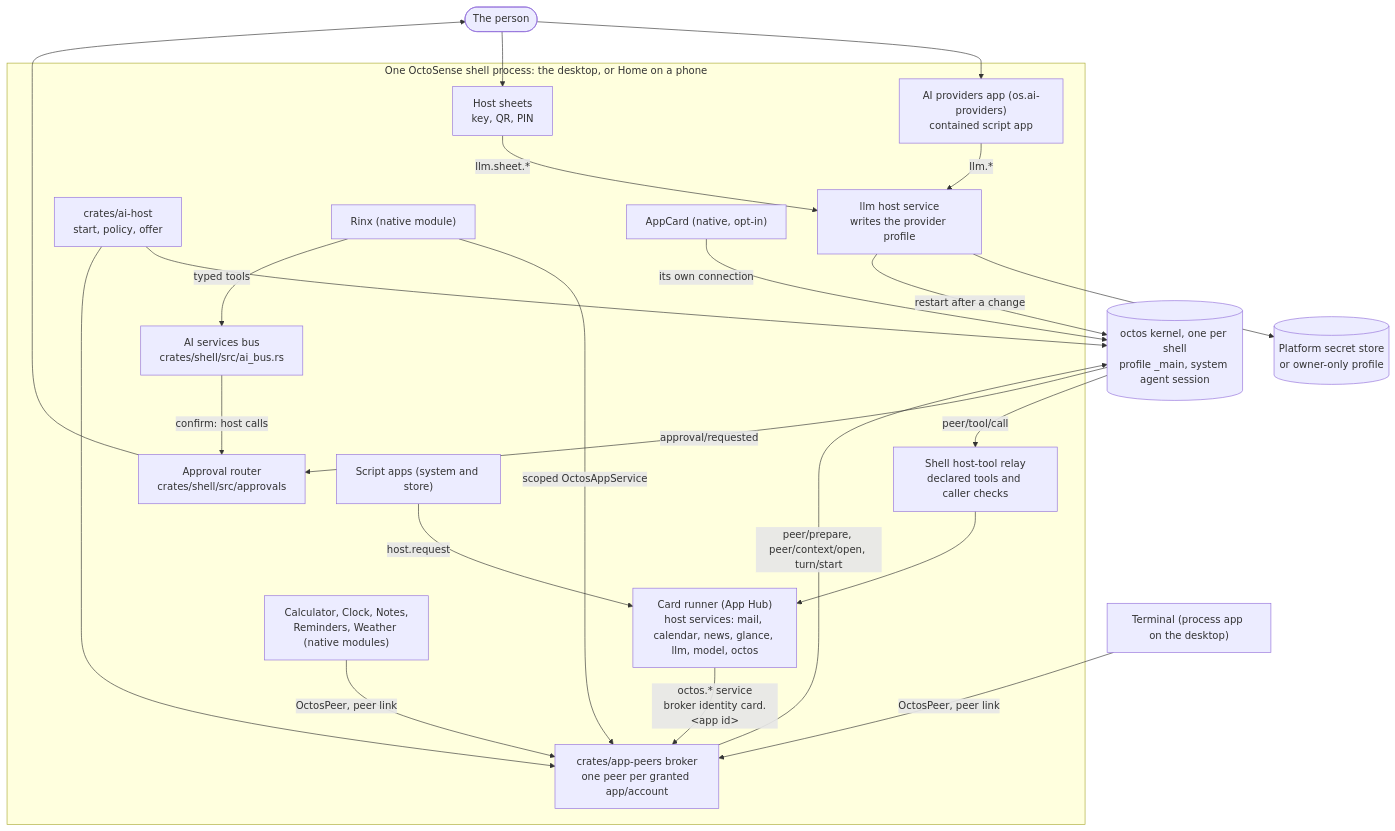
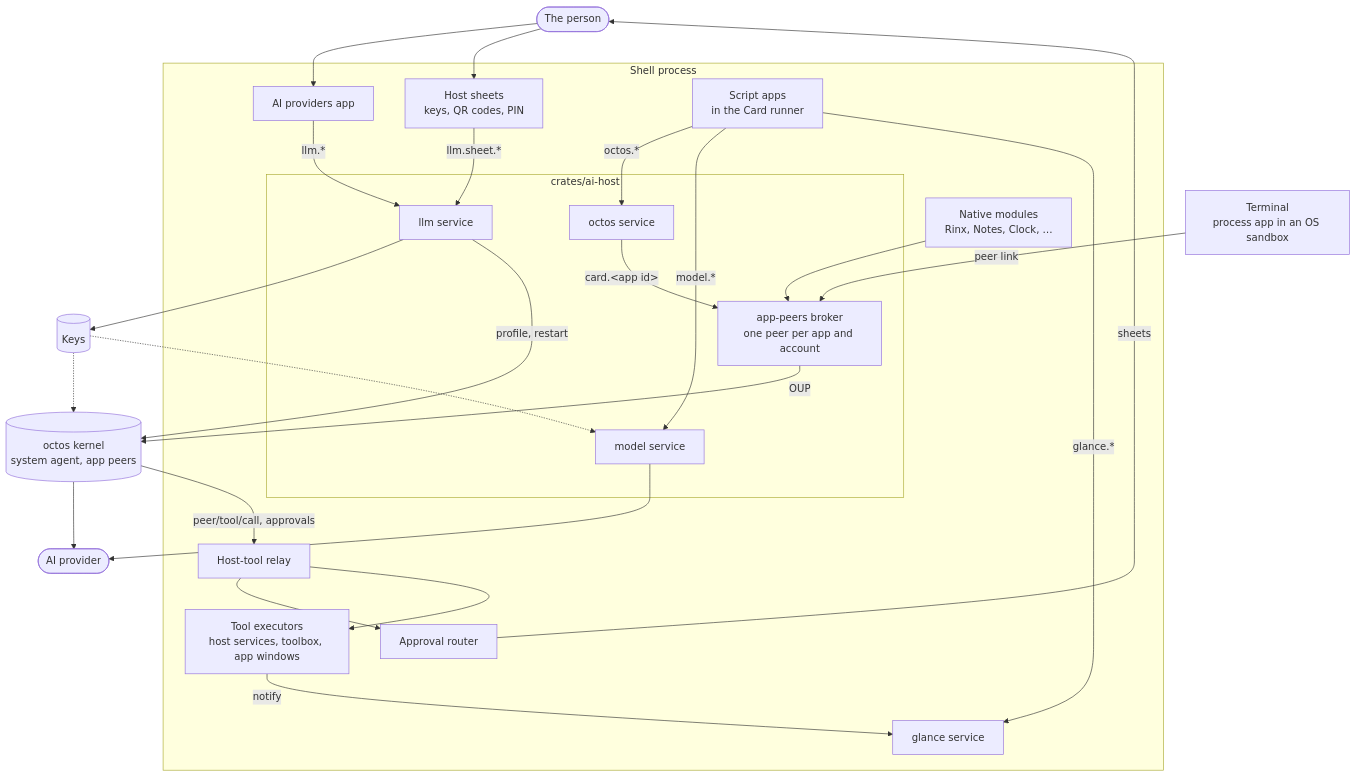
One commit to OctoSense-org/OctoSense changed the diagram in docs/ai-services.md. Above: the diagram before and after it, drawn with Mermaid. The commit also changed other lines of this file and 12 other files, not shown here.

````diff
--- a/docs/ai-services.md
+++ b/docs/ai-services.md
@@ -42,43 +9,46 @@
 ```mermaid
 flowchart TB
   person(["The person"])
-  subgraph shell["One OctoSense shell process: the desktop, or Home on a phone"]
-    providers["AI providers app (os.ai-providers)<br/>contained script app"]
-    sheet["Host sheets<br/>key, QR, PIN"]
-    llm["llm host service<br/>writes the provider profile"]
-    aihost["crates/ai-host<br/>start, policy, offer"]
-    broker["crates/app-peers broker<br/>one peer per granted app/account"]
-    runner["Card runner (App Hub)<br/>host services: mail, calendar, news, glance, llm, model, octos"]
-    router["Approval router<br/>crates/shell/src/approvals"]
-    relay["Shell host-tool relay<br/>declared tools and caller checks"]
-    bus["AI services bus<br/>crates/shell/src/ai_bus.rs"]
-    rinx["Rinx (native module)"]
-    natives["Calculator, Clock, Notes,<br/>Reminders, Weather (native modules)"]
-    appcard["AppCard (native, opt-in)"]
-    scripts["Script apps (system and store)"]
+  provider(["AI provider"])
+  subgraph shell["Shell process"]
+    providers["AI providers app"]
+    sheets["Host sheets<br/>keys, QR codes, PIN"]
+    scripts["Script apps<br/>in the Card runner"]
+    natives["Native modules<br/>Rinx, Notes, Clock, …"]
+    subgraph aihost["crates/ai-host"]
+      llm["llm service"]
+      model["model service"]
+      octos["octos service"]
+      broker["app-peers broker<br/>one peer per app and account"]
+    end
+    relay["Host-tool relay"]
+    router["Approval router"]
+    exec["Tool executors<br/>host services, toolbox, app windows"]
+    glance["glance service"]
   end
-  vault[("Platform secret store<br/>or owner-only profile")]
-  kernel[("octos kernel, one per shell<br/>profile _main, system agent session")]
-  term["Terminal (process app on the desktop)"]
+  term["Terminal<br/>process app in an OS sandbox"]
+  vault[("Keys")]
+  kernel[("octos kernel<br/>system agent, app peers")]
   person --> providers
-  person --> sheet
+  person --> sheets
   providers -- "llm.*" --> llm
-  sheet -- "llm.sheet.*" --> llm
+  sheets -- "llm.sheet.*" --> llm
   llm --> vault
-  llm -- "restart after a change" --> kernel
-  aihost --> kernel
-  aihost --> broker
-  broker -- "peer/prepare, peer/context/open, turn/start" --> kernel
-  rinx -- "scoped OctosAppService" --> broker
-  natives -- "OctosPeer, peer link" --> broker
-  term -- "OctosPeer, peer link" --> broker
-  appcard -- "its own connection" --> kernel
-  scripts -- "host.request" --> runner
-  runner -- "octos.* service<br/>broker identity card.&lt;app id&gt;" --> broker
-  rinx -- "typed tools" --> bus
-  bus -- "confirm: host calls" --> router
-  kernel -- "peer/tool/call" --> relay
-  relay --> runner
-  kernel -- "approval/requested" --> router
-  router --> person
+  llm -- "profile, restart" --> kernel
+  scripts -- "octos.*" --> octos
+  scripts -- "model.*" --> model
+  scripts -- "glance.*" --> glance
+  octos -- "card.&lt;app id&gt;" --> broker
+  natives --> broker
+  term -- "peer link" --> broker
+  broker -- "OUP" --> kernel
+  vault -.-> kernel
+  vault -.-> model
+  kernel --> provider
+  model --> provider
+  kernel -- "peer/tool/call, approvals" --> relay
+  relay --> router
+  relay --> exec
+  exec -- "notify" --> glance
+  router -- "sheets" --> person
 ```
````
